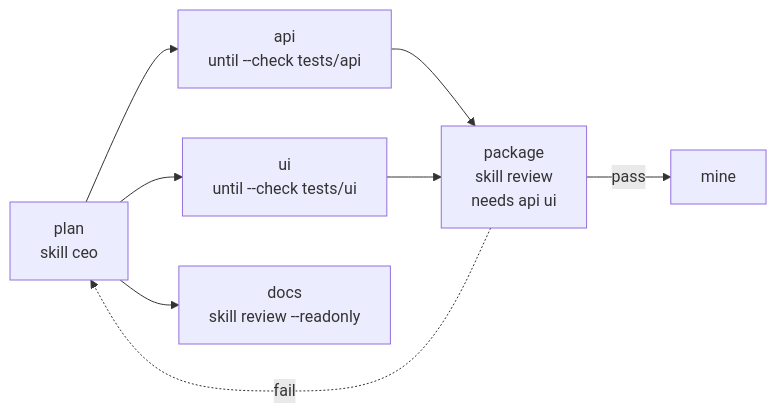
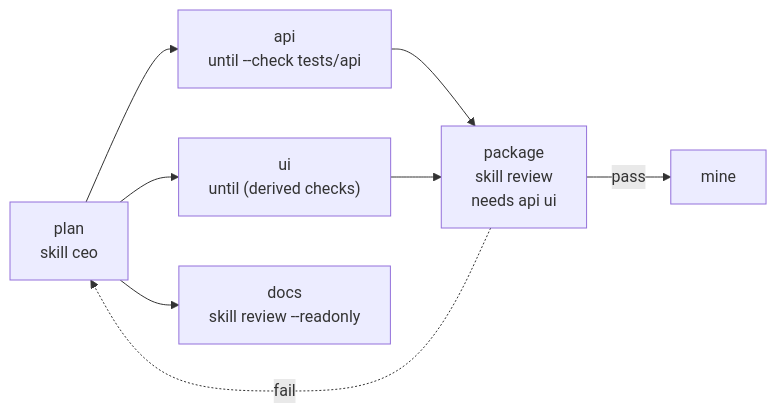
Before and after one commit to XD-Builder/environment-setup: the fourth of 9 diagrams in lmloop/docs/DESIGN_DAG_AND_KNOWLEDGE_CANVAS.md, drawn with Mermaid. The commit also changed other lines of this file and 2 other files, not shown here.

````diff
--- a/lmloop/docs/DESIGN_DAG_AND_KNOWLEDGE_CANVAS.md
+++ b/lmloop/docs/DESIGN_DAG_AND_KNOWLEDGE_CANVAS.md
@@ -349,10 +361,10 @@
 ```mermaid
 flowchart LR
   plan["plan<br/>skill ceo"] --> api["api<br/>until --check tests/api"]
-  plan --> ui["ui<br/>until --check tests/ui"]
+  plan --> ui["ui<br/>until (derived checks)"]
   plan --> docs["docs<br/>skill review --readonly"]
   api --> package["package<br/>skill review<br/>needs api ui"]
   ui --> package
   package -->|"pass"| mine["mine"]
   package -.->|"fail"| plan
 ```
````
